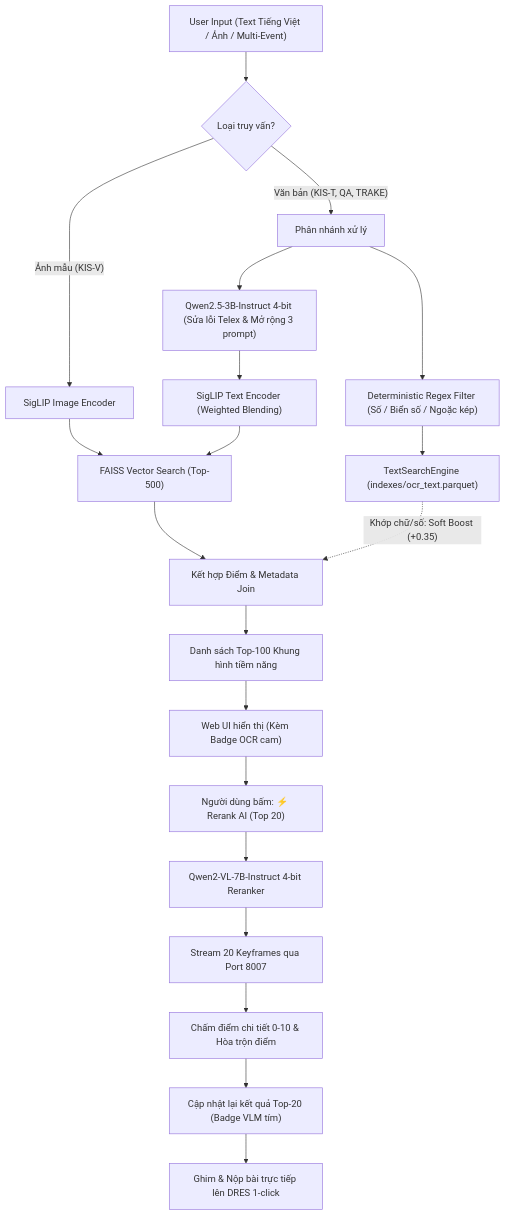
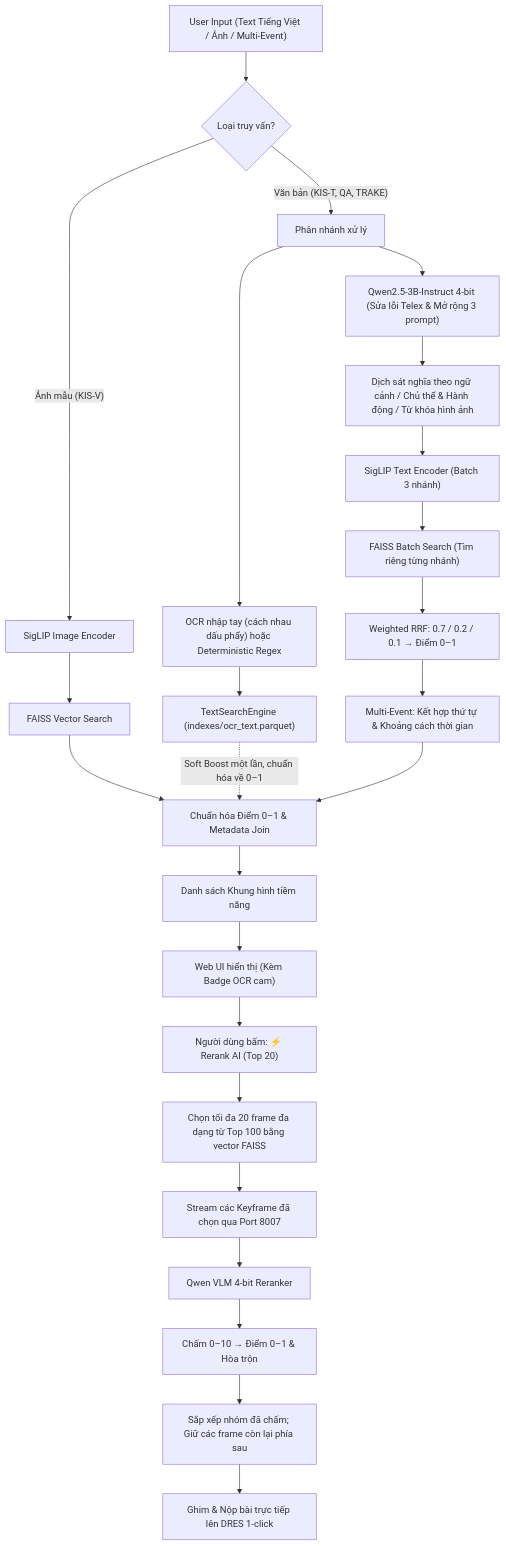
One commit to Minhthien2103/AIC-HCMC-26 changed the second of 2 diagrams in README.md. Above: the diagram before and after it, drawn with Mermaid. The commit also changed other lines of this file and 24 other files, not shown here.

````diff
--- a/README.md
+++ b/README.md
@@ -87,30 +87,35 @@
 ```mermaid
 flowchart TD
     UserQuery["User Input (Text Tiếng Việt / Ảnh / Multi-Event)"] --> QueryRouter{"Loại truy vấn?"}
     
     QueryRouter -- "Ảnh mẫu (KIS-V)" --> ImageEncoder["SigLIP Image Encoder"]
-    ImageEncoder --> FAISSSearch["FAISS Vector Search (Top-500)"]
+    ImageEncoder --> FAISSSearch["FAISS Vector Search"]
     
     QueryRouter -- "Văn bản (KIS-T, QA, TRAKE)" --> ParallelStep["Phân nhánh xử lý"]
     
-    ParallelStep --> OCRBranch["Deterministic Regex Filter (Số / Biển số / Ngoặc kép)"]
+    ParallelStep --> OCRBranch["OCR nhập tay (cách nhau dấu phẩy) hoặc Deterministic Regex"]
     OCRBranch --> OCRSearch["TextSearchEngine (indexes/ocr_text.parquet)"]
     
     ParallelStep --> SLMBranch["Qwen2.5-3B-Instruct 4-bit (Sửa lỗi Telex & Mở rộng 3 prompt)"]
-    SLMBranch --> SigLIPText["SigLIP Text Encoder (Weighted Blending)"]
-    SigLIPText --> FAISSSearch
+    SLMBranch --> QueryVariants["Dịch sát nghĩa theo ngữ cảnh / Chủ thể & Hành động / Từ khóa hình ảnh"]
+    QueryVariants --> SigLIPText["SigLIP Text Encoder (Batch 3 nhánh)"]
+    SigLIPText --> TextSearch["FAISS Batch Search (Tìm riêng từng nhánh)"]
+    TextSearch --> RRF["Weighted RRF: 0.7 / 0.2 / 0.1 → Điểm 0–1"]
+    RRF --> Temporal["Multi-Event: Kết hợp thứ tự & Khoảng cách thời gian"]
+    Temporal --> ScoreFusion
     
-    FAISSSearch --> ScoreFusion["Kết hợp Điểm & Metadata Join"]
-    OCRSearch -.->|"Khớp chữ/số: Soft Boost (+0.35)"| ScoreFusion
+    FAISSSearch --> ScoreFusion["Chuẩn hóa Điểm 0–1 & Metadata Join"]
+    OCRSearch -.->|"Soft Boost một lần, chuẩn hóa về 0–1"| ScoreFusion
     
-    ScoreFusion --> CandidateList["Danh sách Top-100 Khung hình tiềm năng"]
+    ScoreFusion --> CandidateList["Danh sách Khung hình tiềm năng"]
     CandidateList --> WebUI["Web UI hiển thị (Kèm Badge OCR cam)"]
     
     WebUI --> VLMRerankBtn["Người dùng bấm: ⚡ Rerank AI (Top 20)"]
-    VLMRerankBtn --> VLMModel["Qwen2-VL-7B-Instruct 4-bit Reranker"]
-    VLMModel --> StreamImg["Stream 20 Keyframes qua Port 8007"]
-    StreamImg --> VLMScore["Chấm điểm chi tiết 0-10 & Hòa trộn điểm"]
-    VLMScore --> FinalTop["Cập nhật lại kết quả Top-20 (Badge VLM tím)"]
+    VLMRerankBtn --> DiverseFrames["Chọn tối đa 20 frame đa dạng từ Top 100 bằng vector FAISS"]
+    DiverseFrames --> StreamImg["Stream các Keyframe đã chọn qua Port 8007"]
+    StreamImg --> VLMModel["Qwen VLM 4-bit Reranker"]
+    VLMModel --> VLMScore["Chấm 0–10 → Điểm 0–1 & Hòa trộn"]
+    VLMScore --> FinalTop["Sắp xếp nhóm đã chấm; Giữ các frame còn lại phía sau"]
     
     FinalTop --> DRESSubmit["Ghim & Nộp bài trực tiếp lên DRES 1-click"]
 ```
````
